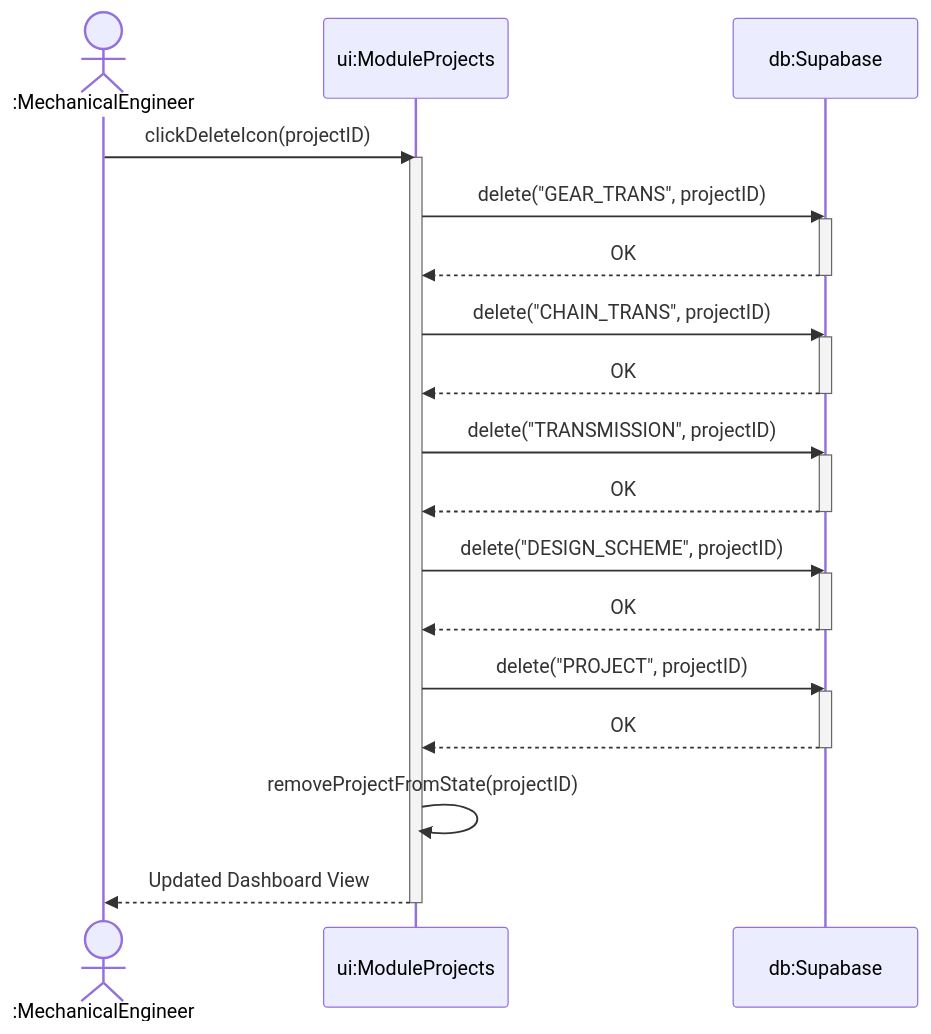
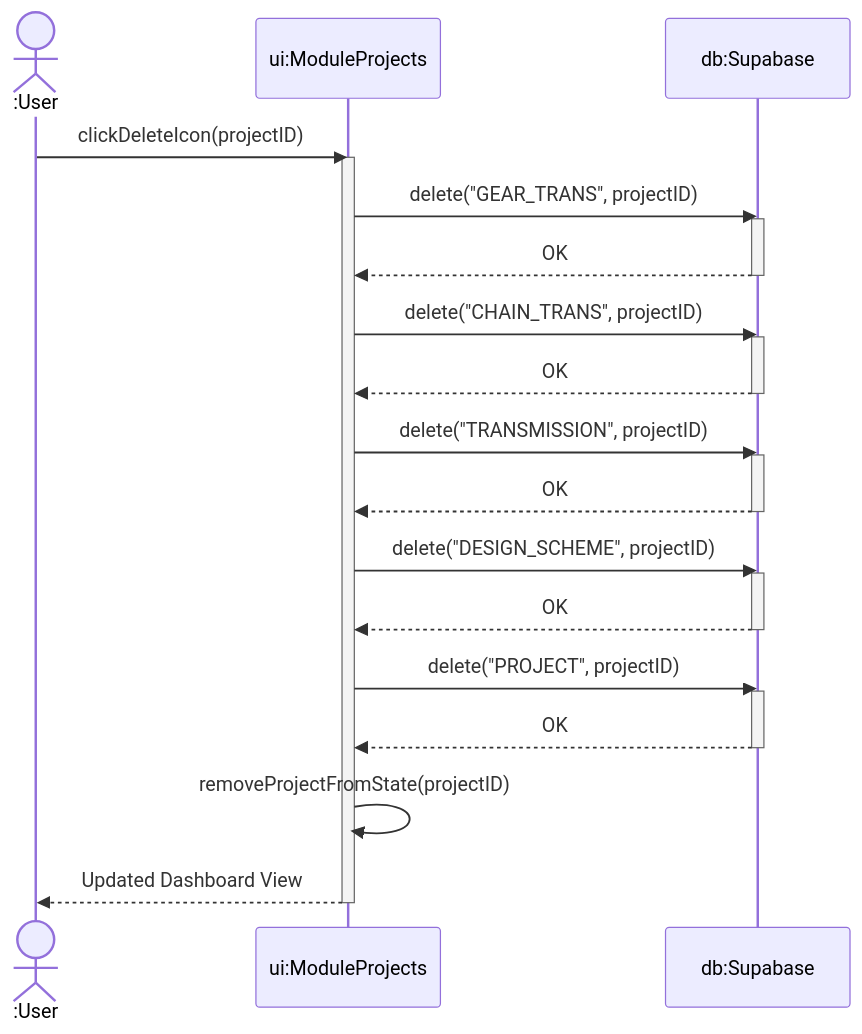
Before and after one commit to dvydinh/mechdrive: the fourth of 4 diagrams in docs/uml/4_Sequence_Diagrams.md, drawn with Mermaid. The commit also changed other lines of this file and 2 other files, not shown here.

````diff
--- a/docs/uml/4_Sequence_Diagrams.md
+++ b/docs/uml/4_Sequence_Diagrams.md
@@ -102,39 +102,39 @@
 ```mermaid
 %%{init: {'theme': 'default', 'themeVariables': {'background': '#ffffff'}}}%%
 sequenceDiagram
-    actor Eng as :MechanicalEngineer
+    actor User as :User
     participant UI as ui:ModuleProjects
     participant DB as db:Supabase
 
-    Eng->>UI: clickDeleteIcon(projectID)
+    User->>UI: clickDeleteIcon(projectID)
     activate UI
     
     UI->>DB: delete("GEAR_TRANS", projectID)
     activate DB
     DB-->>UI: OK
     deactivate DB
     
     UI->>DB: delete("CHAIN_TRANS", projectID)
     activate DB
     DB-->>UI: OK
     deactivate DB
     
     UI->>DB: delete("TRANSMISSION", projectID)
     activate DB
     DB-->>UI: OK
     deactivate DB
     
     UI->>DB: delete("DESIGN_SCHEME", projectID)
     activate DB
     DB-->>UI: OK
     deactivate DB
     
     UI->>DB: delete("PROJECT", projectID)
     activate DB
     DB-->>UI: OK
     deactivate DB
     
     UI->>UI: removeProjectFromState(projectID)
-    UI-->>Eng: Updated Dashboard View
+    UI-->>User: Updated Dashboard View
     deactivate UI
 ```
````
